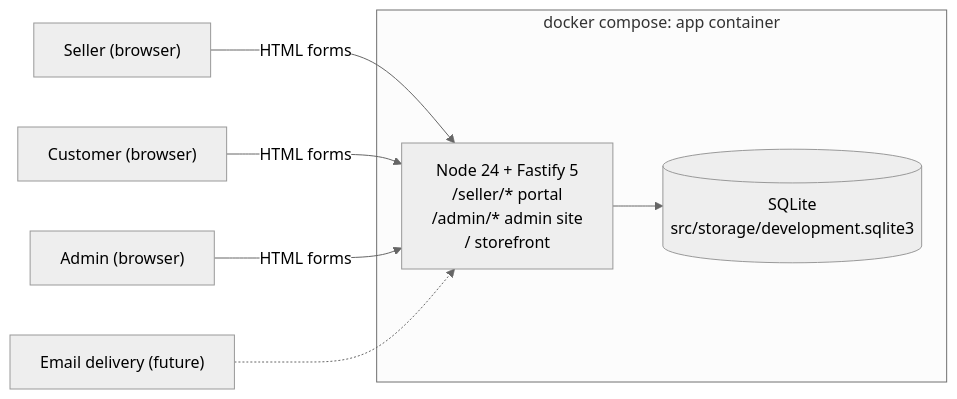
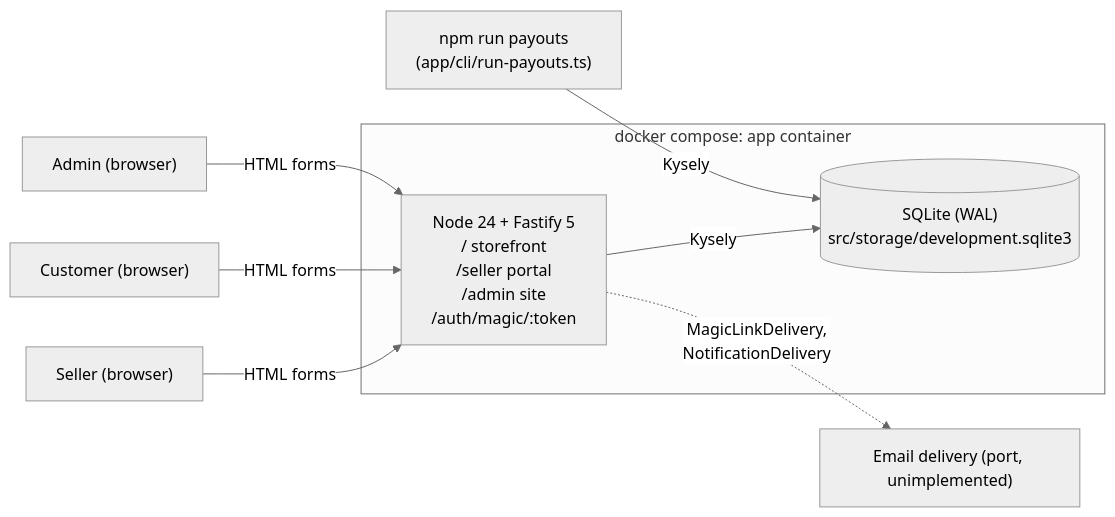
One commit to jonathan-beebe/art-store changed the first of 4 diagrams in prototype/node/docs/architecture.md. Above: the diagram before and after it, drawn with Mermaid (neutral theme). The commit also changed other lines of this file and 12 other files, not shown here.

First line of the commit message:
docs(node): FEAT-009 correct architecture.md against the code and add the feature, data-model and ontology docs

````diff
--- a/prototype/node/docs/architecture.md
+++ b/prototype/node/docs/architecture.md
@@ -36,12 +44,13 @@
 ```mermaid
 flowchart LR
     subgraph docker["docker compose: app container"]
-        node["Node 24 + Fastify 5\n/seller/* portal\n/admin/* admin site\n/ storefront"]
-        sqlite[("SQLite\nsrc/storage/development.sqlite3")]
-        node --> sqlite
+        node["Node 24 + Fastify 5<br/>/ storefront<br/>/seller portal<br/>/admin site<br/>/auth/magic/:token"]
+        sqlite[("SQLite (WAL)<br/>src/storage/development.sqlite3")]
+        node -- "Kysely" --> sqlite
     end
     seller["Seller (browser)"] -- "HTML forms" --> node
     customer["Customer (browser)"] -- "HTML forms" --> node
     admin["Admin (browser)"] -- "HTML forms" --> node
-    mail["Email delivery (future)"] -.-> node
+    payouts["npm run payouts<br/>(app/cli/run-payouts.ts)"] -- "Kysely" --> sqlite
+    node -. "MagicLinkDelivery,<br/>NotificationDelivery" .-> mail["Email delivery (port, unimplemented)"]
 ```
````
